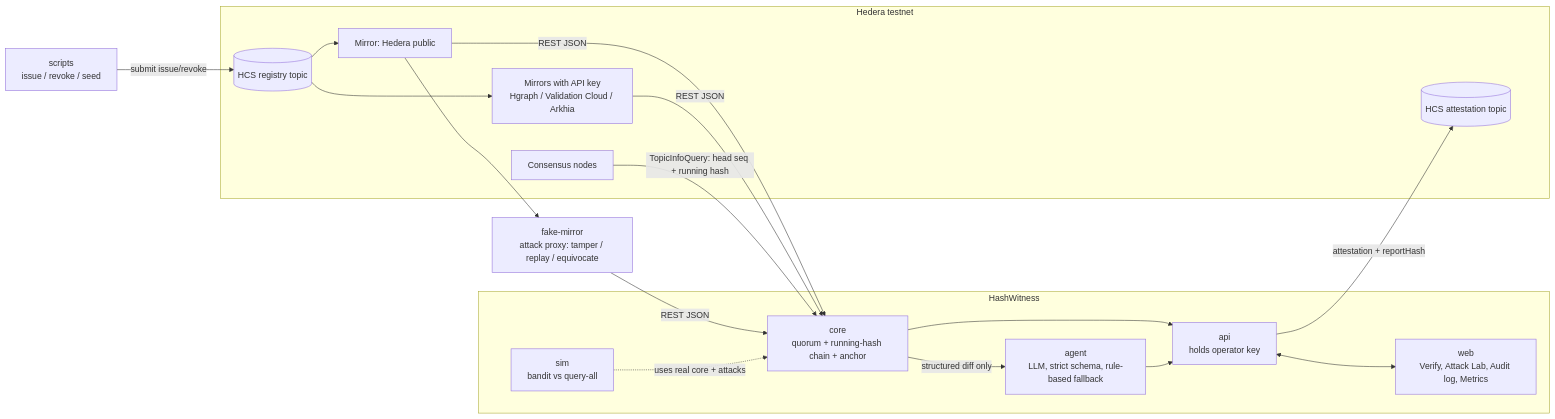
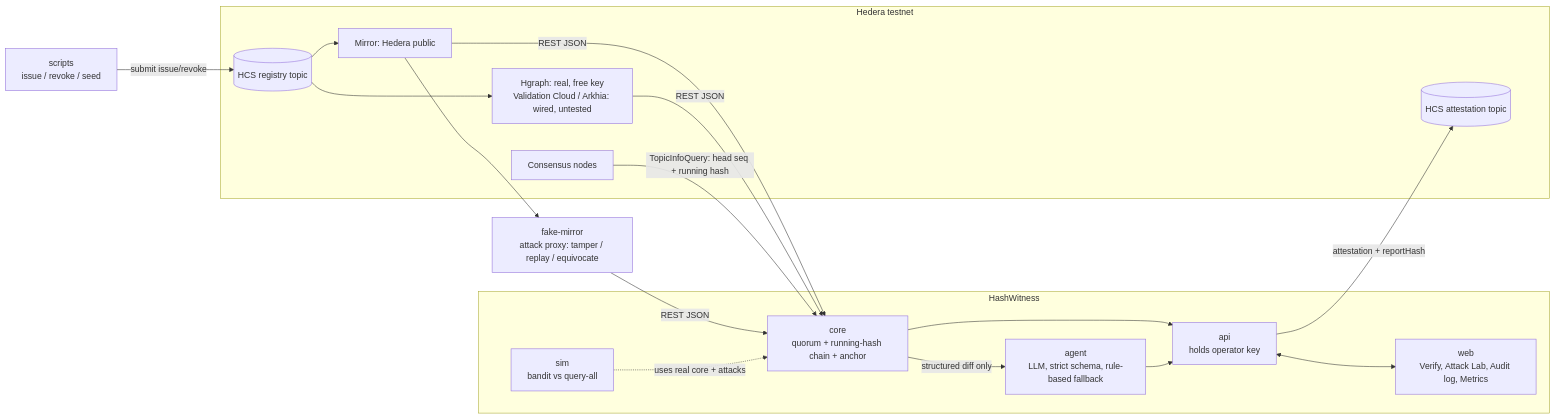
One commit to manelell83/hashwitness changed the diagram in README.md. Above: the diagram before and after it, drawn with Mermaid. The commit also changed other lines of this file and 4 other files, not shown here.

Commit message:
docs,demo-replay: Hgraph verified as second real mirror; recordings for the 3-mirror demo

````diff
--- a/README.md
+++ b/README.md
@@ -35,31 +35,31 @@
 ```mermaid
 flowchart LR
   subgraph Hedera testnet
     CN[Consensus nodes]
     REG[(HCS registry topic)]
     ATT[(HCS attestation topic)]
     M1[Mirror: Hedera public]
-    MK[Mirrors with API key<br/>Hgraph / Validation Cloud / Arkhia]
+    MK[Hgraph: real, free key<br/>Validation Cloud / Arkhia: wired, untested]
   end
   FAKE[fake-mirror<br/>attack proxy: tamper / replay / equivocate]
   subgraph HashWitness
     CORE[core<br/>quorum + running-hash chain + anchor]
     AGENT[agent<br/>LLM, strict schema, rule-based fallback]
     API[api<br/>holds operator key]
     WEB[web<br/>Verify, Attack Lab, Audit log, Metrics]
     SIM[sim<br/>bandit vs query-all]
   end
   SCRIPTS[scripts<br/>issue / revoke / seed]
 
   SCRIPTS -- submit issue/revoke --> REG
   REG --> M1 & MK
   M1 --> FAKE
   M1 & MK & FAKE -- REST JSON --> CORE
   CN -- TopicInfoQuery: head seq + running hash --> CORE
   CORE -- structured diff only --> AGENT
   CORE --> API
   AGENT --> API
   API -- attestation + reportHash --> ATT
   API <--> WEB
   SIM -. uses real core + attacks .-> CORE
 ```
````
